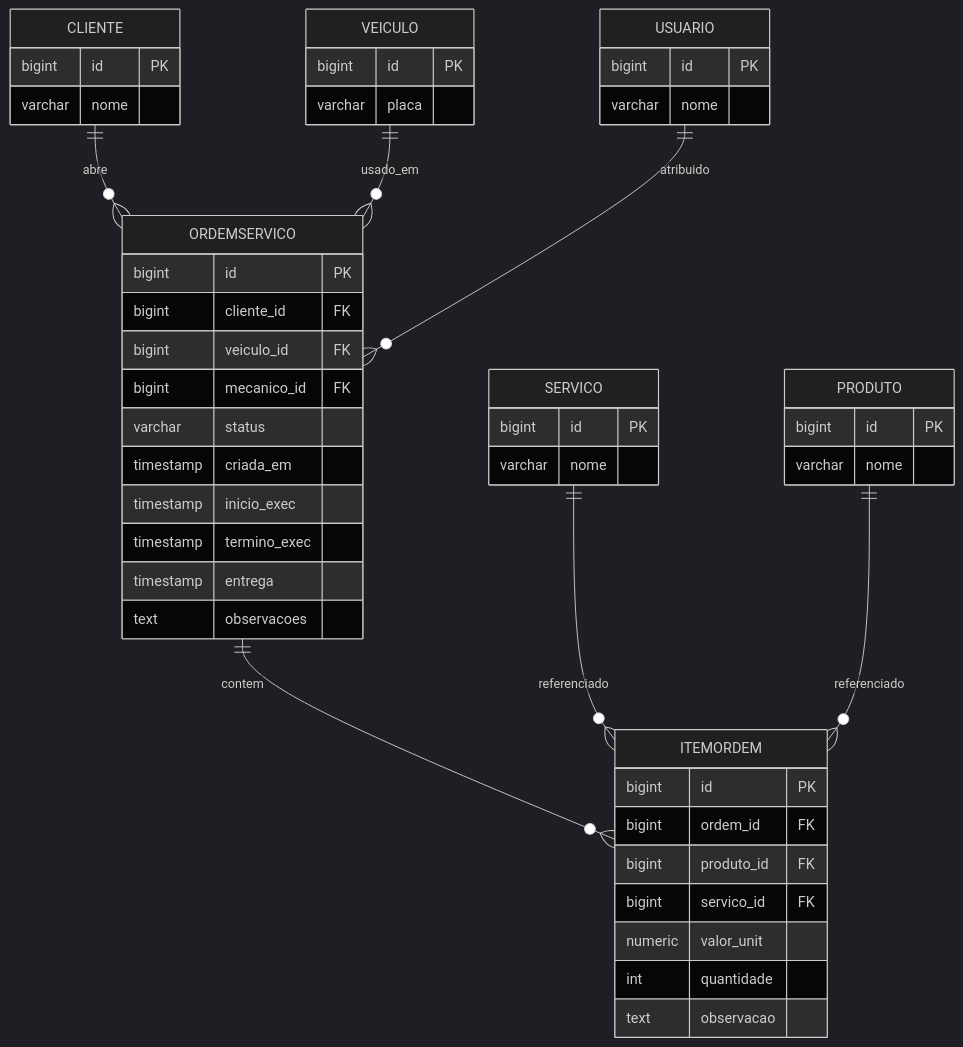
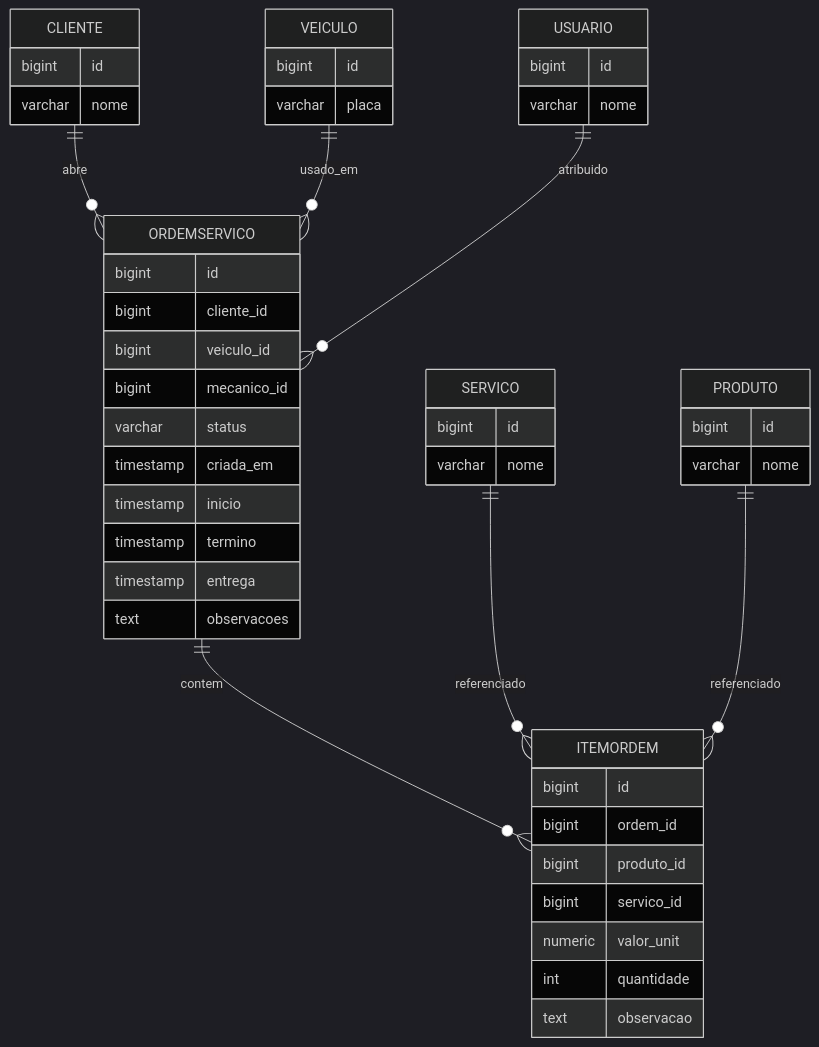
Before and after one commit to fiap-soat-grupo36/infra-database: the sixth of 8 diagrams in docs/diagramas/er-completo.md, drawn with Mermaid (dark theme). The commit also changed other lines of this file, not shown here.

Commit message:
fix: diagramas ER compatíveis com GitHub Mermaid

````diff
--- a/docs/diagramas/er-completo.md
+++ b/docs/diagramas/er-completo.md
@@ -310,57 +323,57 @@
 ```mermaid
 erDiagram
     CLIENTE {
-        bigint id PK
+        bigint id
         varchar nome
     }
 
     VEICULO {
-        bigint id PK
+        bigint id
         varchar placa
     }
 
     USUARIO {
-        bigint id PK
+        bigint id
         varchar nome
     }
 
     ORDEMSERVICO {
-        bigint id PK
-        bigint cliente_id FK
-        bigint veiculo_id FK
-        bigint mecanico_id FK
+        bigint id
+        bigint cliente_id
+        bigint veiculo_id
+        bigint mecanico_id
         varchar status
         timestamp criada_em
-        timestamp inicio_exec
-        timestamp termino_exec
+        timestamp inicio
+        timestamp termino
         timestamp entrega
         text observacoes
     }
 
     ITEMORDEM {
-        bigint id PK
-        bigint ordem_id FK
-        bigint produto_id FK
-        bigint servico_id FK
+        bigint id
+        bigint ordem_id
+        bigint produto_id
+        bigint servico_id
         numeric valor_unit
         int quantidade
         text observacao
     }
 
     SERVICO {
-        bigint id PK
+        bigint id
         varchar nome
     }
 
     PRODUTO {
-        bigint id PK
+        bigint id
         varchar nome
     }
 
     CLIENTE ||--o{ ORDEMSERVICO : abre
     VEICULO ||--o{ ORDEMSERVICO : usado_em
     USUARIO ||--o{ ORDEMSERVICO : atribuido
     ORDEMSERVICO ||--o{ ITEMORDEM : contem
     SERVICO ||--o{ ITEMORDEM : referenciado
     PRODUTO ||--o{ ITEMORDEM : referenciado
 ```
````
